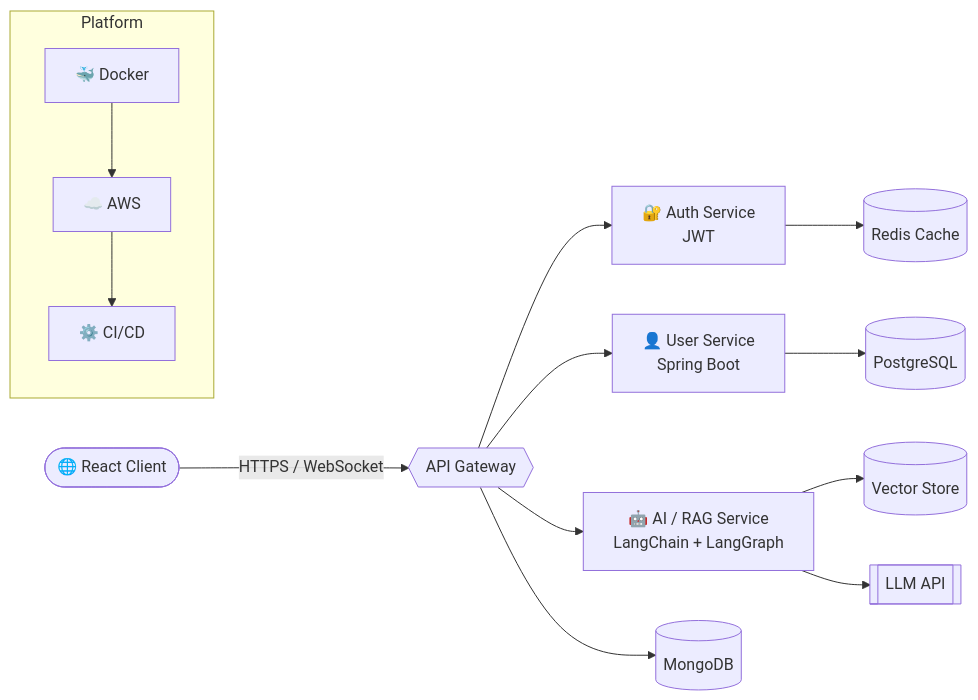
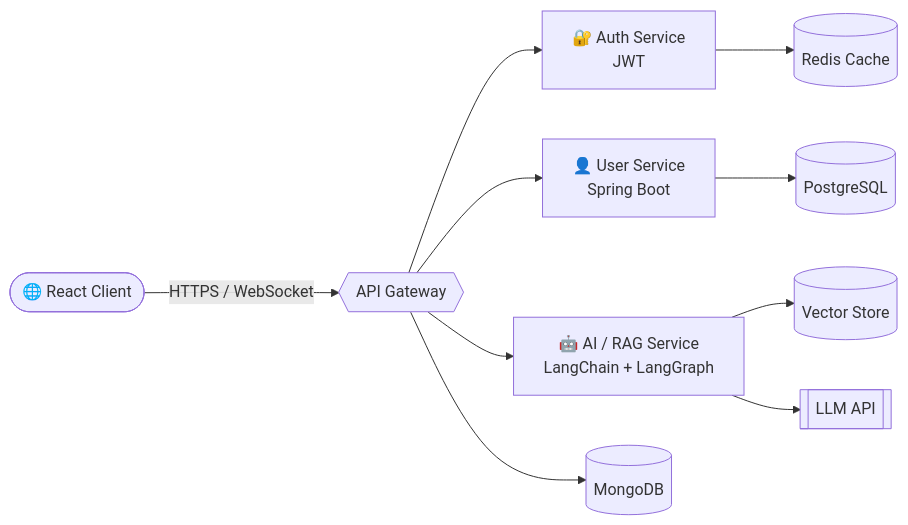
One commit to Chandermani-web/Chandermani-web changed the diagram in README.md. Above: the diagram before and after it, drawn with Mermaid. The commit also changed other lines of this file, not shown here.

````diff
--- a/README.md
+++ b/README.md
@@ -129,15 +161,12 @@
 ```mermaid
 flowchart LR
     C([🌐 React Client]) -->|HTTPS / WebSocket| G{{API Gateway}}
     G --> A[🔐 Auth Service<br/>JWT]
     G --> U[👤 User Service<br/>Spring Boot]
     G --> R[🤖 AI / RAG Service<br/>LangChain + LangGraph]
     U --> P[(PostgreSQL)]
     A --> K[(Redis Cache)]
     R --> V[(Vector Store)]
     R --> L[[LLM API]]
     G --> M[(MongoDB)]
-    subgraph Platform
-      D[🐳 Docker] --> W[☁️ AWS] --> CI[⚙️ CI/CD]
-    end
 ```
````
